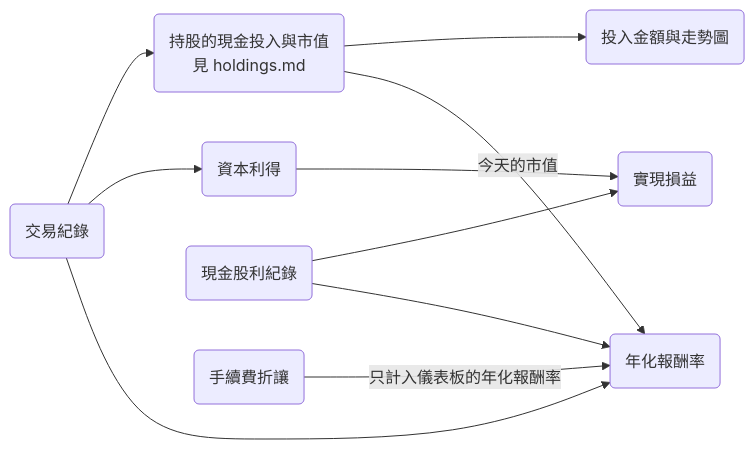
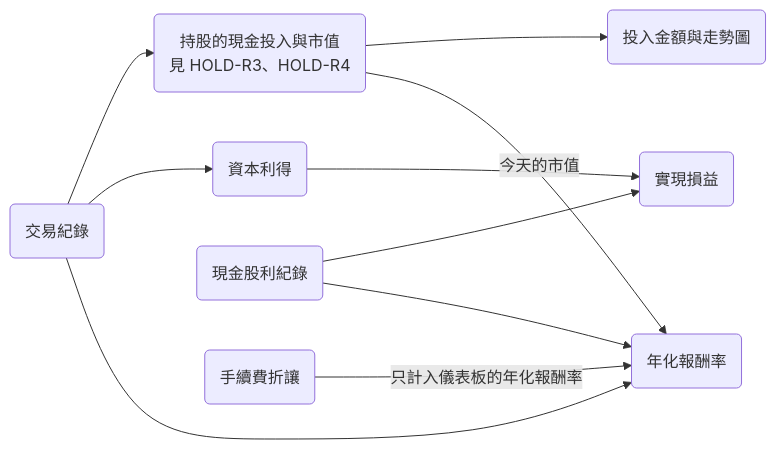
One commit to bingyangchen/taigu changed the diagram in docs/specs/performance.md. Above: the diagram before and after it, drawn with Mermaid. The commit also changed other lines of this file and 20 other files, not shown here.

````diff
--- a/docs/specs/performance.md
+++ b/docs/specs/performance.md
@@ -11,12 +11,12 @@
 ```mermaid
 flowchart LR
-  trade("交易紀錄") --> holding("持股的現金投入與市值<br/>見 holdings.md")
+  trade("交易紀錄") --> holding("持股的現金投入與市值<br/>見 HOLD-R3、HOLD-R4")
   holding --> invested("投入金額與走勢圖")
   trade --> gain("資本利得")
   gain --> realized("實現損益")
   dividend("現金股利紀錄") --> realized
   trade --> xirr("年化報酬率")
   dividend --> xirr
   holding -->|今天的市值| xirr
   discount("手續費折讓") -->|只計入儀表板的年化報酬率| xirr
 ```
````
